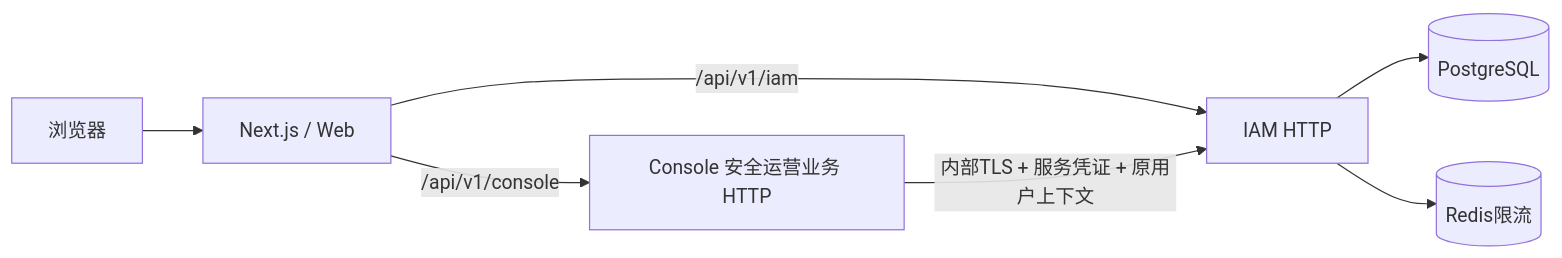
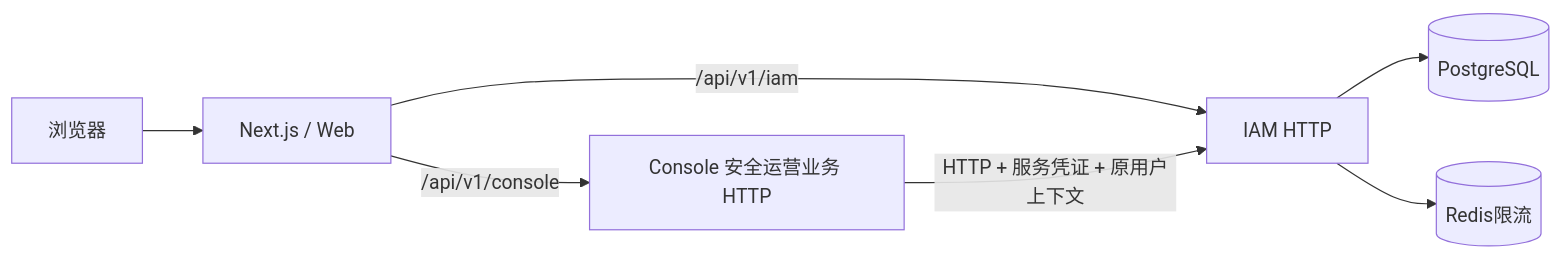
The diagram in docs/architecture/03-deployment-architecture.md (EayonLee/SecPlexus), drawn with Mermaid before and after one commit. The commit also changed other lines of this file and 163 other files, not shown here.

````diff
--- a/docs/architecture/03-deployment-architecture.md
+++ b/docs/architecture/03-deployment-architecture.md
@@ -21,9 +20,9 @@
 ```mermaid
 flowchart LR
     U[浏览器] --> W[Next.js / Web]
     W -->|/api/v1/iam| I[IAM HTTP]
     W -->|/api/v1/console| C[Console 安全运营业务 HTTP]
-    C -->|内部TLS + 服务凭证 + 原用户上下文| I
+    C -->|HTTP + 服务凭证 + 原用户上下文| I
     I --> P[(PostgreSQL)]
     I --> R[(Redis限流)]
 ```
````
